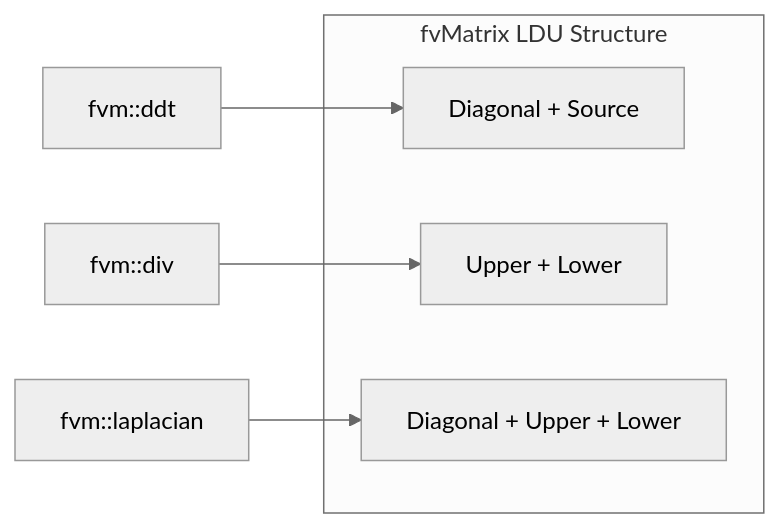
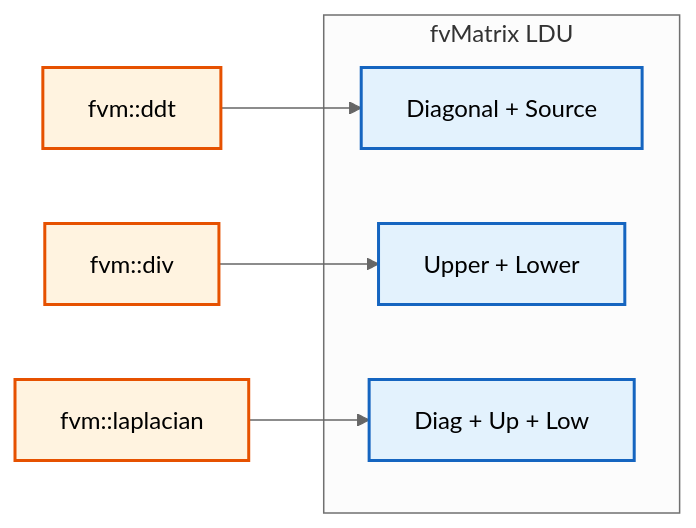
The second of 2 diagrams in MODULE_05_OPENFOAM_PROGRAMMING/CONTENT/06_MATRICES_LINEARALGEBRA/03_fvMatrix_Architecture.md (wramet/build-my-cfd), drawn with Mermaid (neutral theme) before and after one commit. The commit also changed other lines of this file and 313 other files, not shown here.

Commit message:
Revise all diagram

````diff
--- a/MODULE_05_OPENFOAM_PROGRAMMING/CONTENT/06_MATRICES_LINEARALGEBRA/03_fvMatrix_Architecture.md
+++ b/MODULE_05_OPENFOAM_PROGRAMMING/CONTENT/06_MATRICES_LINEARALGEBRA/03_fvMatrix_Architecture.md
@@ -123,12 +126,15 @@
 ```mermaid
 flowchart LR
-    A[fvm::ddt] --> D[Diagonal + Source]
-    B[fvm::div] --> U[Upper + Lower]
-    C[fvm::laplacian] --> All[Diagonal + Upper + Lower]
-
-    subgraph LDU["fvMatrix LDU Structure"]
-        D
-        U
-        All
-    end
+%% Classes
+classDef explicit fill:#fff3e0,stroke:#e65100,stroke-width:2px;
+classDef implicit fill:#e3f2fd,stroke:#1565c0,stroke-width:2px;
+%% Nodes
+A[fvm::ddt]:::explicit --> D[Diagonal + Source]:::implicit
+B[fvm::div]:::explicit --> U[Upper + Lower]:::implicit
+C[fvm::laplacian]:::explicit --> All[Diag + Up + Low]:::implicit
+subgraph LDU [fvMatrix LDU]
+    D
+    U
+    All
+end
 ```
````
